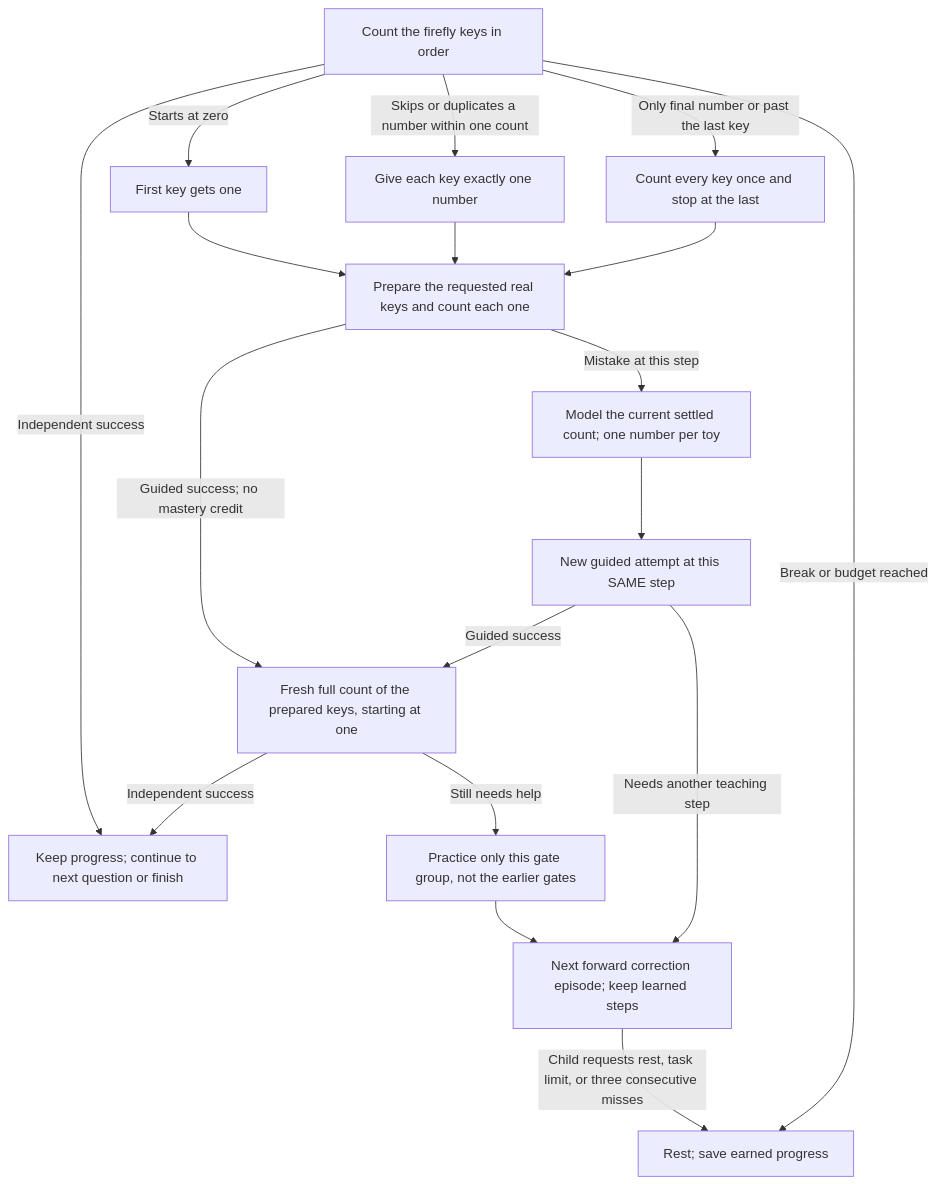
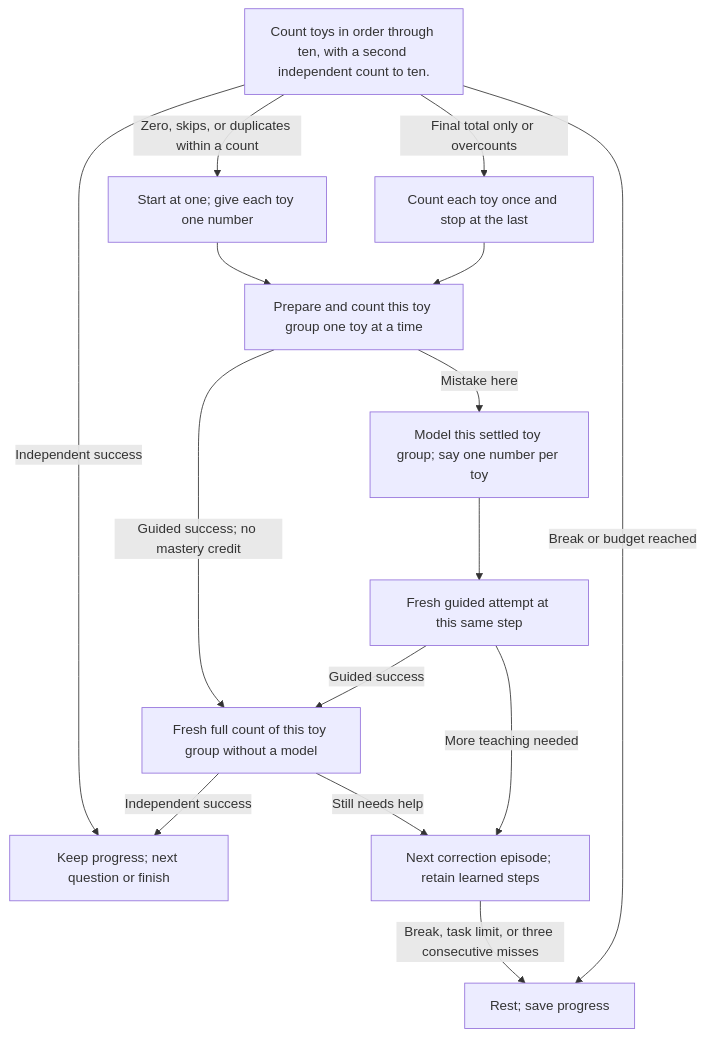
One commit to sealsbroken/unmath changed the diagram in docs/wiki/Lesson-6-Firefly-gates.md. Above: the diagram before and after it, drawn with Mermaid. The commit also changed other lines of this file and 33 other files, not shown here.

Commit message:
Start directly with real toys and remove pretend roles and adult prompts

````diff
--- a/docs/wiki/Lesson-6-Firefly-gates.md
+++ b/docs/wiki/Lesson-6-Firefly-gates.md
@@ -37,20 +32,17 @@
 ```mermaid
 flowchart TD
-    Choose["Count the firefly keys in order"] -->|"Independent success"| Done["Keep progress; continue to next question or finish"]
-    Choose -->|"Starts at zero"| E0["First key gets one"]
+    Start["Count toys in order through ten, with a second independent count to ten."] -->|"Independent success"| Done["Keep progress; next question or finish"]
+    Start -->|"Zero, skips, or duplicates within a count"| E0["Start at one; give each toy one number"]
     E0 --> S0
-    Choose -->|"Skips or duplicates a number within one count"| E1["Give each key exactly one number"]
+    Start -->|"Final total only or overcounts"| E1["Count each toy once and stop at the last"]
     E1 --> S0
-    Choose -->|"Only final number or past the last key"| E2["Count every key once and stop at the last"]
-    E2 --> S0
-    S0["Prepare the requested real keys and count each one"] -->|"Guided success; no mastery credit"| Follow
-    S0 -->|"Mistake at this step"| H0["Model the current settled count; one number per toy"]
-    H0 --> R0["New guided attempt at this SAME step"]
+    S0["Prepare and count this toy group one toy at a time"] -->|"Guided success; no mastery credit"| Follow
+    S0 -->|"Mistake here"| H0["Model this settled toy group; say one number per toy"]
+    H0 --> R0["Fresh guided attempt at this same step"]
     R0 -->|"Guided success"| Follow
-    R0 -->|"Needs another teaching step"| Continue["Next forward correction episode; keep learned steps"]
-    Follow["Fresh full count of the prepared keys, starting at one"] -->|"Independent success"| Done
-    Follow -->|"Still needs help"| Focus["Practice only this gate group, not the earlier gates"]
-    Focus --> Continue
-    Choose -->|"Break or budget reached"| Rest["Rest; save earned progress"]
-    Continue -->|"Child requests rest, task limit, or three consecutive misses"| Rest
+    R0 -->|"More teaching needed"| Continue["Next correction episode; retain learned steps"]
+    Follow["Fresh full count of this toy group without a model"] -->|"Independent success"| Done
+    Follow -->|"Still needs help"| Continue
+    Start -->|"Break or budget reached"| Rest["Rest; save progress"]
+    Continue -->|"Break, task limit, or three consecutive misses"| Rest
 ```
````
